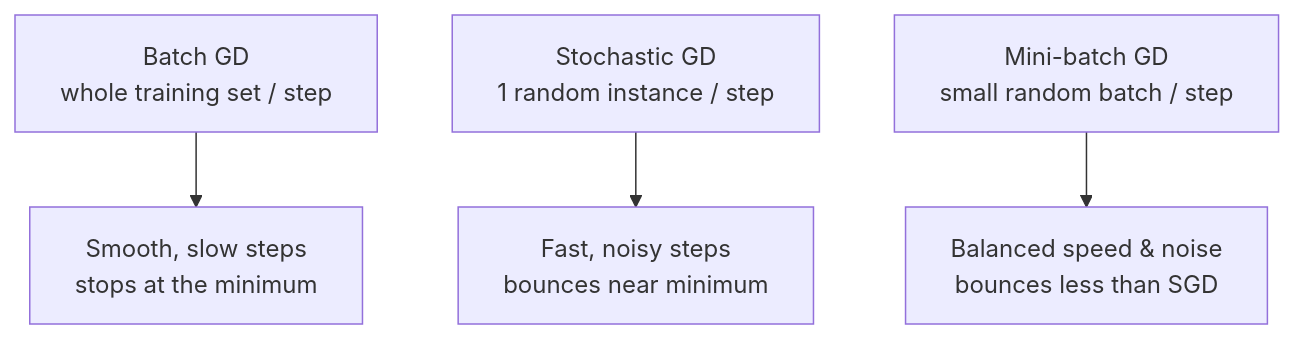
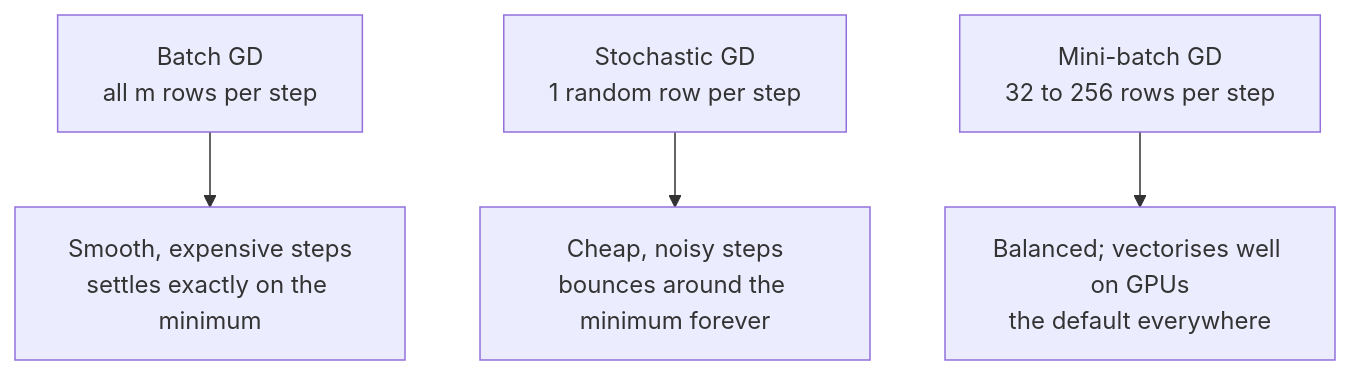
The second of 2 diagrams in src/content/docs/Machine Learning/Phase 03 - Supervised Learning - Regression/Gradient Descent Explained.mdx (Ravikisha/PythonCentralHub), drawn with Mermaid before and after one commit. The commit also changed other lines of this file and 1327 other files, not shown here.

````diff
--- a/src/content/docs/Machine Learning/Phase 03 - Supervised Learning - Regression/Gradient Descent Explained.mdx
+++ b/src/content/docs/Machine Learning/Phase 03 - Supervised Learning - Regression/Gradient Descent Explained.mdx
@@ -157,6 +300,6 @@
 ```mermaid
 flowchart TD
-  A["Batch GD<br/>whole training set / step"] --> A2["Smooth, slow steps<br/>stops at the minimum"]
-  B["Stochastic GD<br/>1 random instance / step"] --> B2["Fast, noisy steps<br/>bounces near minimum"]
-  C["Mini-batch GD<br/>small random batch / step"] --> C2["Balanced speed & noise<br/>bounces less than SGD"]
+  A["Batch GD<br/>all m rows per step"] --> A2["Smooth, expensive steps<br/>settles exactly on the minimum"]
+  B["Stochastic GD<br/>1 random row per step"] --> B2["Cheap, noisy steps<br/>bounces around the minimum forever"]
+  C["Mini-batch GD<br/>32 to 256 rows per step"] --> C2["Balanced; vectorises well on GPUs<br/>the default everywhere"]
 ```
````
